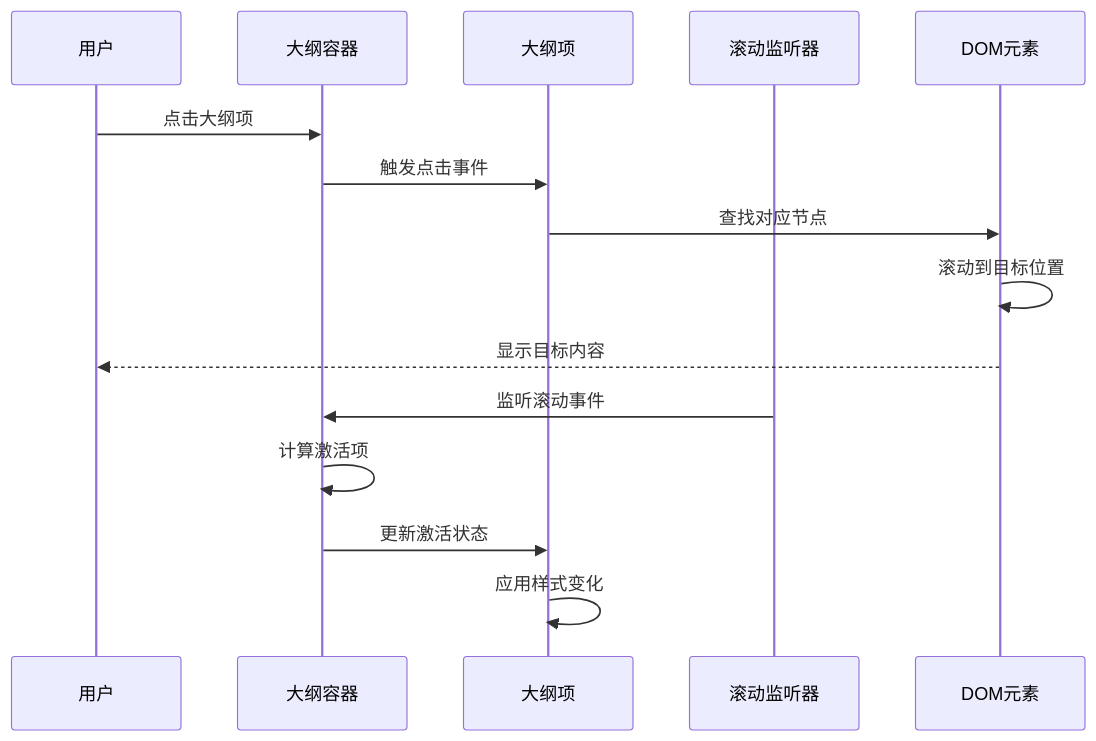
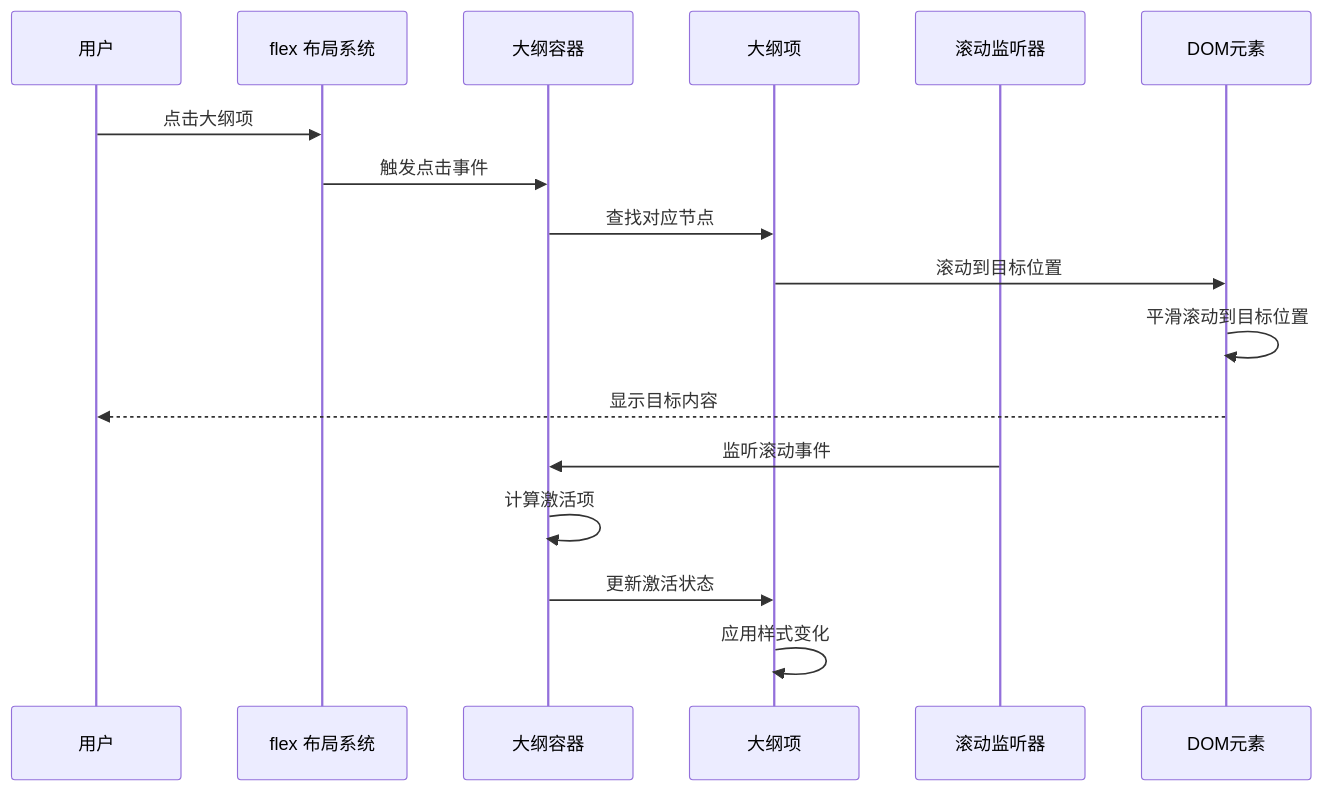
Before and after one commit to terwer/siyuan-plugin-blog: the second of 10 diagrams in .qoder/repowiki/zh/content/Outline System.md, drawn with Mermaid. The commit also changed other lines of this file and 3 other files, not shown here.

Commit message:
docs(Outline System): update to flex layout, viewport positioning, add components

````diff
--- a/.qoder/repowiki/zh/content/Outline System.md
+++ b/.qoder/repowiki/zh/content/Outline System.md
@@ -91,17 +120,19 @@
 ```mermaid
 sequenceDiagram
 participant User as 用户
+participant FlexLayout as flex 布局系统
 participant Container as 大纲容器
 participant Item as 大纲项
 participant Scroll as 滚动监听器
 participant DOM as DOM元素
-User->>Container : 点击大纲项
-Container->>Item : 触发点击事件
-Item->>DOM : 查找对应节点
-DOM->>DOM : 滚动到目标位置
+User->>FlexLayout : 点击大纲项
+FlexLayout->>Container : 触发点击事件
+Container->>Item : 查找对应节点
+Item->>DOM : 滚动到目标位置
+DOM->>DOM : 平滑滚动到目标位置
 DOM-->>User : 显示目标内容
 Scroll->>Container : 监听滚动事件
 Container->>Container : 计算激活项
 Container->>Item : 更新激活状态
 Item->>Item : 应用样式变化
 ```
````
